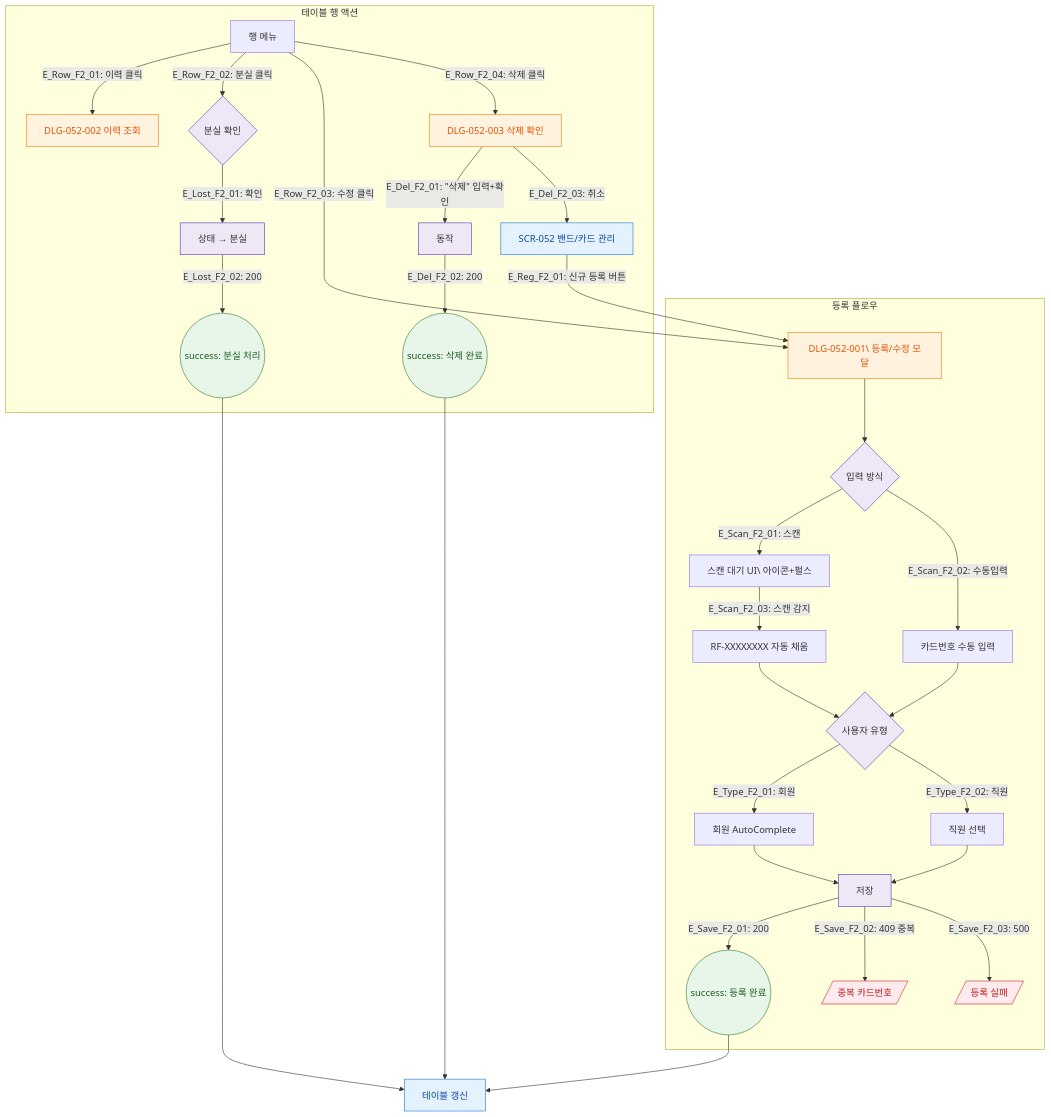
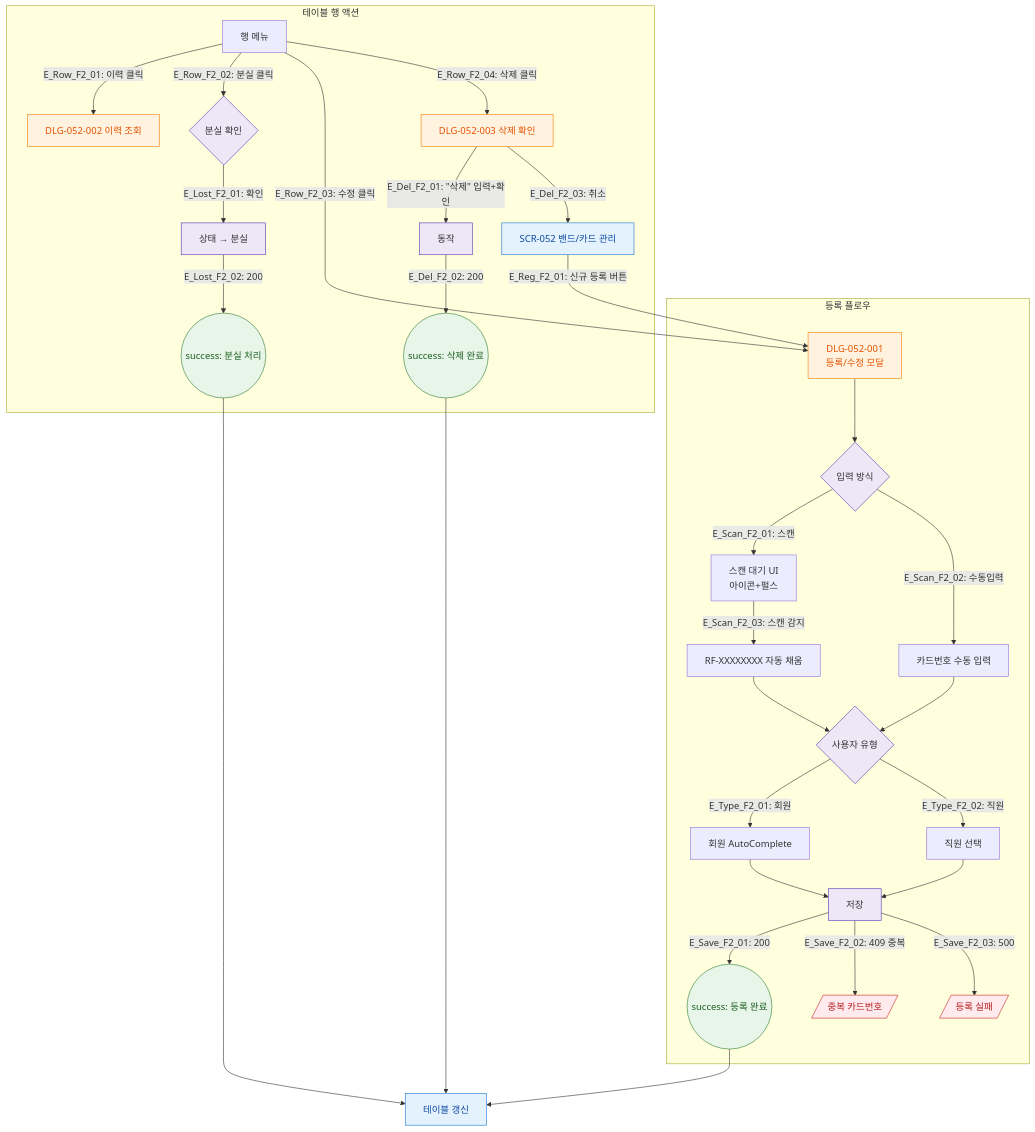
One commit to dev-spogym/admin-pando changed the diagram in docs/admin/다이어그램/D06_시설관리/SCR-052_밴드카드관리/F2_메인.md. Above: the diagram before and after it, drawn with Mermaid. The commit also changed 369 other files, not shown here.

````diff
--- a/docs/admin/다이어그램/D06_시설관리/SCR-052_밴드카드관리/F2_메인.md
+++ b/docs/admin/다이어그램/D06_시설관리/SCR-052_밴드카드관리/F2_메인.md
@@ -20,50 +20,50 @@
 ```mermaid
 flowchart TD
     SCR052[SCR-052 밴드/카드 관리]
 
-    SCR052 -->|"E_Reg_F2_01: 신규 등록 버튼"|DLG001[DLG-052-001\ 등록/수정 모달]
+    SCR052 -->|"E_Reg_F2_01: 신규 등록 버튼"|DLG001[DLG-052-001<br/> 등록/수정 모달]
 
     subgraph RegFlow["등록 플로우"]
         DLG001 --> ScanMode{입력 방식}
-        ScanMode -->|"E_Scan_F2_01: 스캔"|ScanWait[스캔 대기 UI\ 아이콘+펄스]
+        ScanMode -->|"E_Scan_F2_01: 스캔"|ScanWait[스캔 대기 UI<br/> 아이콘+펄스]
         ScanMode -->|"E_Scan_F2_02: 수동입력"|ManualInput[카드번호 수동 입력]
         ScanWait -->|"E_Scan_F2_03: 스캔 감지"|AutoFill[RF-XXXXXXXX 자동 채움]
         AutoFill --> UserType{사용자 유형}
         ManualInput --> UserType
         UserType -->|"E_Type_F2_01: 회원"|MemberSearch[회원 AutoComplete]
         UserType -->|"E_Type_F2_02: 직원"|StaffSearch[직원 선택]
         MemberSearch --> SaveReg[저장]
         StaffSearch --> SaveReg
         SaveReg -->|"E_Save_F2_01: 200"|ToastReg((success: 등록 완료))
         SaveReg -->|"E_Save_F2_02: 409 중복"|ErrDup[/중복 카드번호/]
         SaveReg -->|"E_Save_F2_03: 500"|ErrServer[/등록 실패/]
     end
 
     subgraph TableActions["테이블 행 액션"]
         RowMenu[행 메뉴] -->|"E_Row_F2_01: 이력 클릭"|DLG002[DLG-052-002 이력 조회]
         RowMenu -->|"E_Row_F2_02: 분실 클릭"|LostConfirm{분실 확인}
         LostConfirm -->|"E_Lost_F2_01: 확인"|LostAPI[상태 → 분실]
         LostAPI -->|"E_Lost_F2_02: 200"|ToastLost((success: 분실 처리))
         RowMenu -->|"E_Row_F2_03: 수정 클릭"|DLG001
         RowMenu -->|"E_Row_F2_04: 삭제 클릭"|DLG003[DLG-052-003 삭제 확인]
         DLG003 -->|"E_Del_F2_01: &quot;삭제&quot; 입력+확인"|DelAPI[동작]
         DelAPI -->|"E_Del_F2_02: 200"|ToastDel((success: 삭제 완료))
         DLG003 -->|"E_Del_F2_03: 취소"|SCR052
     end
 
     ToastReg --> TableRefresh[테이블 갱신]
     ToastLost --> TableRefresh
     ToastDel --> TableRefresh
 
     classDef screen fill:#E3F2FD,stroke:#1976D2,color:#0D47A1
     classDef modal fill:#FFF3E0,stroke:#F57C00,color:#E65100
     classDef success fill:#E8F5E9,stroke:#2E7D32,color:#1B5E20
     classDef error fill:#FFEBEE,stroke:#C62828,color:#B71C1C
     classDef system fill:#EDE7F6,stroke:#5E35B2
 
     class SCR052,TableRefresh screen
     class DLG001,DLG002,DLG003 modal
     class ToastReg,ToastLost,ToastDel success
     class ErrDup,ErrServer error
     class ScanMode,UserType,LostConfirm,SaveReg,LostAPI,DelAPI system
 ```
````
